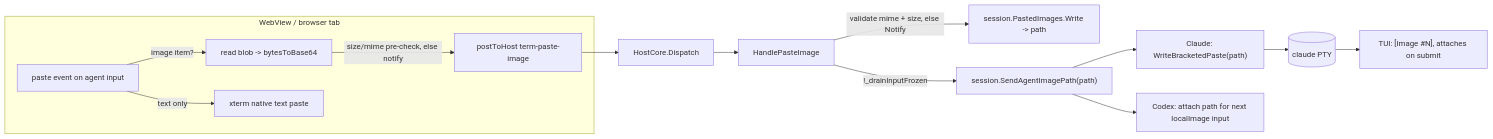
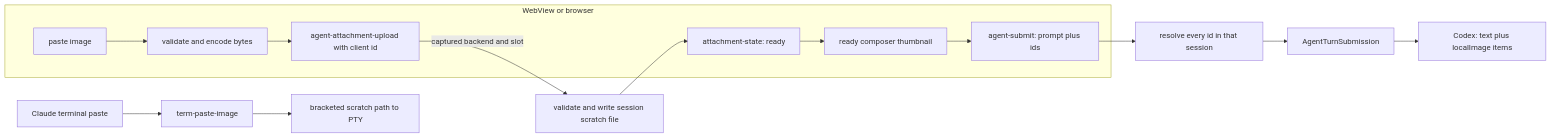
Before and after one commit to Kapps/weavie: the diagram in docs/specs/remote-paste-image.md, drawn with Mermaid. The commit also changed other lines of this file and 66 other files, not shown here.

Commit message:
Add native structured agent experience

````diff
--- a/docs/specs/remote-paste-image.md
+++ b/docs/specs/remote-paste-image.md
@@ -32,15 +23,16 @@
 ```mermaid
 flowchart LR
-  subgraph web [WebView / browser tab]
-    paste[paste event on agent input] -->|image item?| enc[read blob -> bytesToBase64]
-    paste -->|text only| xterm[xterm native text paste]
-    enc -->|size/mime pre-check, else notify| post["postToHost term-paste-image"]
+  subgraph client [WebView or browser]
+    paste["paste image"] --> encode["validate and encode bytes"]
+    encode --> upload["agent-attachment-upload with client id"]
+    ready["attachment-state: ready"] --> thumb["ready composer thumbnail"]
+    thumb --> submit["agent-submit: prompt plus ids"]
   end
-  post --> disp["HostCore.Dispatch"]
-  disp --> h["HandlePasteImage"]
-  h -->|validate mime + size, else Notify| store["session.PastedImages.Write -> path"]
-  h -->|!_drainInputFrozen| deliver["session.SendAgentImagePath(path)"]
-  deliver --> claude["Claude: WriteBracketedPaste(path)"]
-  deliver --> codex["Codex: attach path for next localImage input"]
-  claude --> pty[(claude PTY)] --> chip["TUI: [Image #N], attaches on submit"]
+  upload -->|"captured backend and slot"| stage["validate and write session scratch file"]
+  stage --> ready
+  submit --> claim["resolve every id in that session"]
+  claim --> turn["AgentTurnSubmission"]
+  turn --> codex["Codex: text plus localImage items"]
+  claudePaste["Claude terminal paste"] --> legacy["term-paste-image"]
+  legacy --> pty["bracketed scratch path to PTY"]
 ```
````
